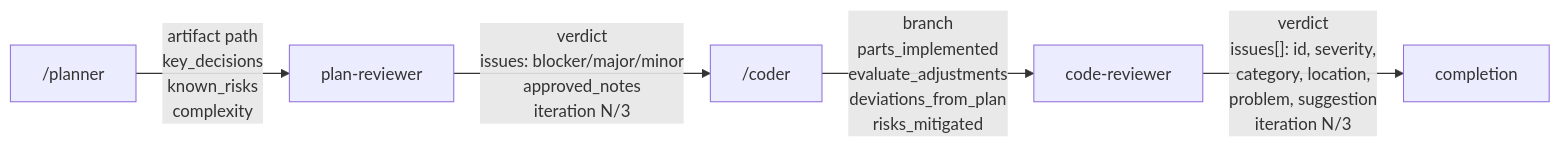
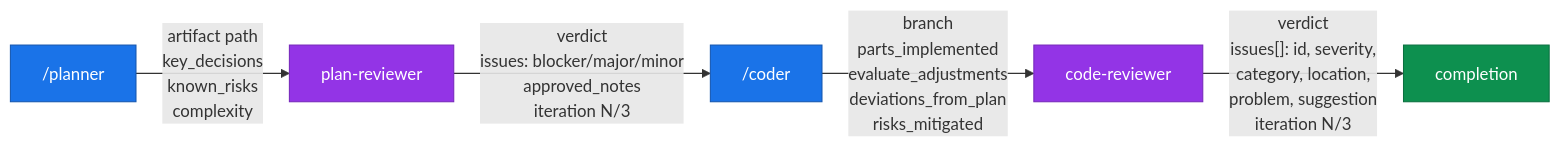
One commit to hex0xdeadbeef/claude-kit changed the second of 5 diagrams in README.md. Above: the diagram before and after it, drawn with Mermaid. The commit also changed other lines of this file, not shown here.

````diff
--- a/README.md
+++ b/README.md
@@ -271,10 +271,16 @@
 ```mermaid
 flowchart LR
     PL2["/planner"] -->|"artifact path<br/>key_decisions<br/>known_risks<br/>complexity"| PR2["plan-reviewer"]
 
     PR2 -->|"verdict<br/>issues: blocker/major/minor<br/>approved_notes<br/>iteration N/3"| CO2["/coder"]
 
     CO2 -->|"branch<br/>parts_implemented<br/>evaluate_adjustments<br/>deviations_from_plan<br/>risks_mitigated"| CR2["code-reviewer"]
 
     CR2 -->|"verdict<br/>issues[]: id, severity,<br/>category, location,<br/>problem, suggestion<br/>iteration N/3"| DONE2["completion"]
+
+    style PL2 fill:#1a73e8,color:#fff,stroke:#1557b0
+    style PR2 fill:#9334e6,color:#fff,stroke:#7627bb
+    style CO2 fill:#1a73e8,color:#fff,stroke:#1557b0
+    style CR2 fill:#9334e6,color:#fff,stroke:#7627bb
+    style DONE2 fill:#0d904f,color:#fff,stroke:#0a7040
 ```
````
